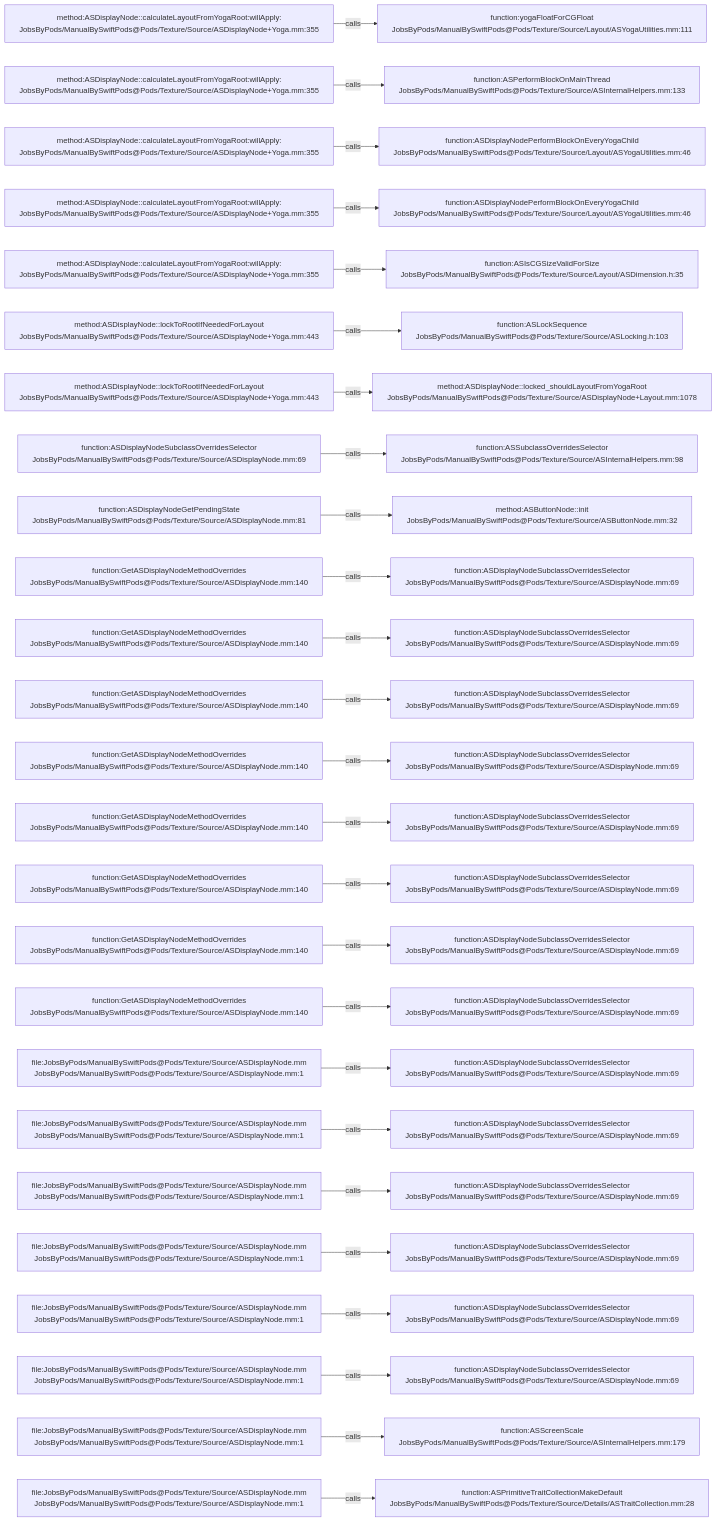
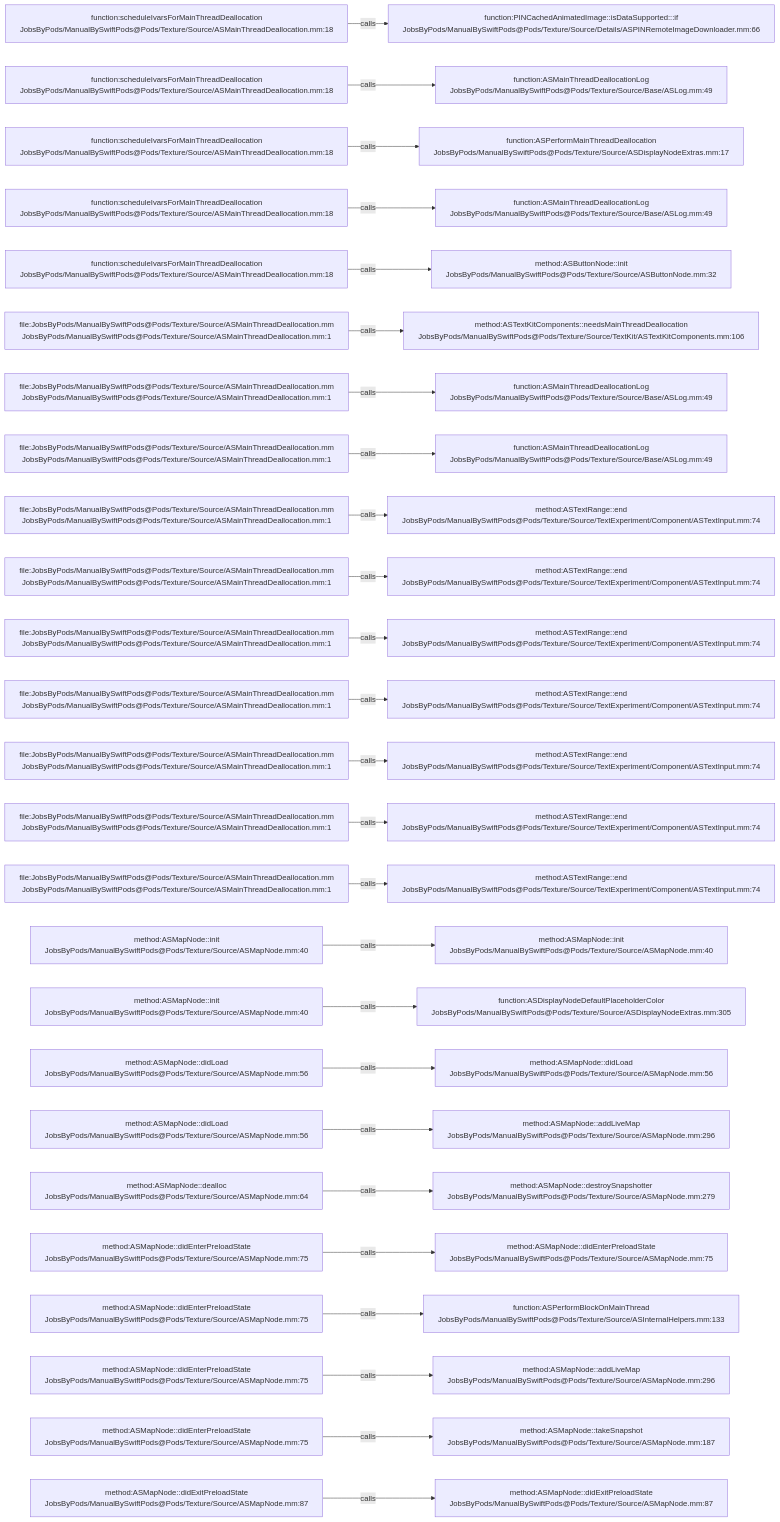
Before and after one commit to JobsKits/JobsSwiftBaseConfigDemo: the diagram in .codegraph/codegraph.md/graphs/calls-045.md, drawn with Mermaid. The commit also changed 832 other files, not shown here.

````diff
--- a/.codegraph/codegraph.md/graphs/calls-045.md
+++ b/.codegraph/codegraph.md/graphs/calls-045.md
@@ -13,78 +13,78 @@
 ```mermaid
 flowchart LR
-  S1["method:ASDisplayNode::calculateLayoutFromYogaRoot:willApply:<br/>JobsByPods/ManualBySwiftPods@Pods/Texture/Source/ASDisplayNode+Yoga.mm:355"]
-  T1["function:yogaFloatForCGFloat<br/>JobsByPods/ManualBySwiftPods@Pods/Texture/Source/Layout/ASYogaUtilities.mm:111"]
+  S1["function:scheduleIvarsForMainThreadDeallocation<br/>JobsByPods/ManualBySwiftPods@Pods/Texture/Source/ASMainThreadDeallocation.mm:18"]
+  T1["function:PINCachedAnimatedImage::isDataSupported:::if<br/>JobsByPods/ManualBySwiftPods@Pods/Texture/Source/Details/ASPINRemoteImageDownloader.mm:66"]
   S1 -->|calls| T1
-  S2["method:ASDisplayNode::calculateLayoutFromYogaRoot:willApply:<br/>JobsByPods/ManualBySwiftPods@Pods/Texture/Source/ASDisplayNode+Yoga.mm:355"]
-  T2["function:ASPerformBlockOnMainThread<br/>JobsByPods/ManualBySwiftPods@Pods/Texture/Source/ASInternalHelpers.mm:133"]
+  S2["function:scheduleIvarsForMainThreadDeallocation<br/>JobsByPods/ManualBySwiftPods@Pods/Texture/Source/ASMainThreadDeallocation.mm:18"]
+  T2["function:ASMainThreadDeallocationLog<br/>JobsByPods/ManualBySwiftPods@Pods/Texture/Source/Base/ASLog.mm:49"]
   S2 -->|calls| T2
-  S3["method:ASDisplayNode::calculateLayoutFromYogaRoot:willApply:<br/>JobsByPods/ManualBySwiftPods@Pods/Texture/Source/ASDisplayNode+Yoga.mm:355"]
-  T3["function:ASDisplayNodePerformBlockOnEveryYogaChild<br/>JobsByPods/ManualBySwiftPods@Pods/Texture/Source/Layout/ASYogaUtilities.mm:46"]
+  S3["function:scheduleIvarsForMainThreadDeallocation<br/>JobsByPods/ManualBySwiftPods@Pods/Texture/Source/ASMainThreadDeallocation.mm:18"]
+  T3["function:ASPerformMainThreadDeallocation<br/>JobsByPods/ManualBySwiftPods@Pods/Texture/Source/ASDisplayNodeExtras.mm:17"]
   S3 -->|calls| T3
-  S4["method:ASDisplayNode::calculateLayoutFromYogaRoot:willApply:<br/>JobsByPods/ManualBySwiftPods@Pods/Texture/Source/ASDisplayNode+Yoga.mm:355"]
-  T4["function:ASDisplayNodePerformBlockOnEveryYogaChild<br/>JobsByPods/ManualBySwiftPods@Pods/Texture/Source/Layout/ASYogaUtilities.mm:46"]
+  S4["function:scheduleIvarsForMainThreadDeallocation<br/>JobsByPods/ManualBySwiftPods@Pods/Texture/Source/ASMainThreadDeallocation.mm:18"]
+  T4["function:ASMainThreadDeallocationLog<br/>JobsByPods/ManualBySwiftPods@Pods/Texture/Source/Base/ASLog.mm:49"]
   S4 -->|calls| T4
-  S5["method:ASDisplayNode::calculateLayoutFromYogaRoot:willApply:<br/>JobsByPods/ManualBySwiftPods@Pods/Texture/Source/ASDisplayNode+Yoga.mm:355"]
-  T5["function:ASIsCGSizeValidForSize<br/>JobsByPods/ManualBySwiftPods@Pods/Texture/Source/Layout/ASDimension.h:35"]
+  S5["function:scheduleIvarsForMainThreadDeallocation<br/>JobsByPods/ManualBySwiftPods@Pods/Texture/Source/ASMainThreadDeallocation.mm:18"]
+  T5["method:ASButtonNode::init<br/>JobsByPods/ManualBySwiftPods@Pods/Texture/Source/ASButtonNode.mm:32"]
   S5 -->|calls| T5
-  S6["method:ASDisplayNode::lockToRootIfNeededForLayout<br/>JobsByPods/ManualBySwiftPods@Pods/Texture/Source/ASDisplayNode+Yoga.mm:443"]
-  T6["function:ASLockSequence<br/>JobsByPods/ManualBySwiftPods@Pods/Texture/Source/ASLocking.h:103"]
+  S6["file:JobsByPods/ManualBySwiftPods@Pods/Texture/Source/ASMainThreadDeallocation.mm<br/>JobsByPods/ManualBySwiftPods@Pods/Texture/Source/ASMainThreadDeallocation.mm:1"]
+  T6["method:ASTextKitComponents::needsMainThreadDeallocation<br/>JobsByPods/ManualBySwiftPods@Pods/Texture/Source/TextKit/ASTextKitComponents.mm:106"]
   S6 -->|calls| T6
-  S7["method:ASDisplayNode::lockToRootIfNeededForLayout<br/>JobsByPods/ManualBySwiftPods@Pods/Texture/Source/ASDisplayNode+Yoga.mm:443"]
-  T7["method:ASDisplayNode::locked_shouldLayoutFromYogaRoot<br/>JobsByPods/ManualBySwiftPods@Pods/Texture/Source/ASDisplayNode+Layout.mm:1078"]
+  S7["file:JobsByPods/ManualBySwiftPods@Pods/Texture/Source/ASMainThreadDeallocation.mm<br/>JobsByPods/ManualBySwiftPods@Pods/Texture/Source/ASMainThreadDeallocation.mm:1"]
+  T7["function:ASMainThreadDeallocationLog<br/>JobsByPods/ManualBySwiftPods@Pods/Texture/Source/Base/ASLog.mm:49"]
   S7 -->|calls| T7
-  S8["function:ASDisplayNodeSubclassOverridesSelector<br/>JobsByPods/ManualBySwiftPods@Pods/Texture/Source/ASDisplayNode.mm:69"]
-  T8["function:ASSubclassOverridesSelector<br/>JobsByPods/ManualBySwiftPods@Pods/Texture/Source/ASInternalHelpers.mm:98"]
+  S8["file:JobsByPods/ManualBySwiftPods@Pods/Texture/Source/ASMainThreadDeallocation.mm<br/>JobsByPods/ManualBySwiftPods@Pods/Texture/Source/ASMainThreadDeallocation.mm:1"]
+  T8["function:ASMainThreadDeallocationLog<br/>JobsByPods/ManualBySwiftPods@Pods/Texture/Source/Base/ASLog.mm:49"]
   S8 -->|calls| T8
-  S9["function:ASDisplayNodeGetPendingState<br/>JobsByPods/ManualBySwiftPods@Pods/Texture/Source/ASDisplayNode.mm:81"]
-  T9["method:ASButtonNode::init<br/>JobsByPods/ManualBySwiftPods@Pods/Texture/Source/ASButtonNode.mm:32"]
+  S9["file:JobsByPods/ManualBySwiftPods@Pods/Texture/Source/ASMainThreadDeallocation.mm<br/>JobsByPods/ManualBySwiftPods@Pods/Texture/Source/ASMainThreadDeallocation.mm:1"]
+  T9["method:ASTextRange::end<br/>JobsByPods/ManualBySwiftPods@Pods/Texture/Source/TextExperiment/Component/ASTextInput.mm:74"]
   S9 -->|calls| T9
-  S10["function:GetASDisplayNodeMethodOverrides<br/>JobsByPods/ManualBySwiftPods@Pods/Texture/Source/ASDisplayNode.mm:140"]
-  T10["function:ASDisplayNodeSubclassOverridesSelector<br/>JobsByPods/ManualBySwiftPods@Pods/Texture/Source/ASDisplayNode.mm:69"]
+  S10["file:JobsByPods/ManualBySwiftPods@Pods/Texture/Source/ASMainThreadDeallocation.mm<br/>JobsByPods/ManualBySwiftPods@Pods/Texture/Source/ASMainThreadDeallocation.mm:1"]
+  T10["method:ASTextRange::end<br/>JobsByPods/ManualBySwiftPods@Pods/Texture/Source/TextExperiment/Component/ASTextInput.mm:74"]
   S10 -->|calls| T10
-  S11["function:GetASDisplayNodeMethodOverrides<br/>JobsByPods/ManualBySwiftPods@Pods/Texture/Source/ASDisplayNode.mm:140"]
-  T11["function:ASDisplayNodeSubclassOverridesSelector<br/>JobsByPods/ManualBySwiftPods@Pods/Texture/Source/ASDisplayNode.mm:69"]
+  S11["file:JobsByPods/ManualBySwiftPods@Pods/Texture/Source/ASMainThreadDeallocation.mm<br/>JobsByPods/ManualBySwiftPods@Pods/Texture/Source/ASMainThreadDeallocation.mm:1"]
+  T11["method:ASTextRange::end<br/>JobsByPods/ManualBySwiftPods@Pods/Texture/Source/TextExperiment/Component/ASTextInput.mm:74"]
   S11 -->|calls| T11
-  S12["function:GetASDisplayNodeMethodOverrides<br/>JobsByPods/ManualBySwiftPods@Pods/Texture/Source/ASDisplayNode.mm:140"]
-  T12["function:ASDisplayNodeSubclassOverridesSelector<br/>JobsByPods/ManualBySwiftPods@Pods/Texture/Source/ASDisplayNode.mm:69"]
+  S12["file:JobsByPods/ManualBySwiftPods@Pods/Texture/Source/ASMainThreadDeallocation.mm<br/>JobsByPods/ManualBySwiftPods@Pods/Texture/Source/ASMainThreadDeallocation.mm:1"]
+  T12["method:ASTextRange::end<br/>JobsByPods/ManualBySwiftPods@Pods/Texture/Source/TextExperiment/Component/ASTextInput.mm:74"]
   S12 -->|calls| T12
-  S13["function:GetASDisplayNodeMethodOverrides<br/>JobsByPods/ManualBySwiftPods@Pods/Texture/Source/ASDisplayNode.mm:140"]
-  T13["function:ASDisplayNodeSubclassOverridesSelector<br/>JobsByPods/ManualBySwiftPods@Pods/Texture/Source/ASDisplayNode.mm:69"]
+  S13["file:JobsByPods/ManualBySwiftPods@Pods/Texture/Source/ASMainThreadDeallocation.mm<br/>JobsByPods/ManualBySwiftPods@Pods/Texture/Source/ASMainThreadDeallocation.mm:1"]
+  T13["method:ASTextRange::end<br/>JobsByPods/ManualBySwiftPods@Pods/Texture/Source/TextExperiment/Component/ASTextInput.mm:74"]
   S13 -->|calls| T13
-  S14["function:GetASDisplayNodeMethodOverrides<br/>JobsByPods/ManualBySwiftPods@Pods/Texture/Source/ASDisplayNode.mm:140"]
-  T14["function:ASDisplayNodeSubclassOverridesSelector<br/>JobsByPods/ManualBySwiftPods@Pods/Texture/Source/ASDisplayNode.mm:69"]
+  S14["file:JobsByPods/ManualBySwiftPods@Pods/Texture/Source/ASMainThreadDeallocation.mm<br/>JobsByPods/ManualBySwiftPods@Pods/Texture/Source/ASMainThreadDeallocation.mm:1"]
+  T14["method:ASTextRange::end<br/>JobsByPods/ManualBySwiftPods@Pods/Texture/Source/TextExperiment/Component/ASTextInput.mm:74"]
   S14 -->|calls| T14
-  S15["function:GetASDisplayNodeMethodOverrides<br/>JobsByPods/ManualBySwiftPods@Pods/Texture/Source/ASDisplayNode.mm:140"]
-  T15["function:ASDisplayNodeSubclassOverridesSelector<br/>JobsByPods/ManualBySwiftPods@Pods/Texture/Source/ASDisplayNode.mm:69"]
+  S15["file:JobsByPods/ManualBySwiftPods@Pods/Texture/Source/ASMainThreadDeallocation.mm<br/>JobsByPods/ManualBySwiftPods@Pods/Texture/Source/ASMainThreadDeallocation.mm:1"]
+  T15["method:ASTextRange::end<br/>JobsByPods/ManualBySwiftPods@Pods/Texture/Source/TextExperiment/Component/ASTextInput.mm:74"]
   S15 -->|calls| T15
-  S16["function:GetASDisplayNodeMethodOverrides<br/>JobsByPods/ManualBySwiftPods@Pods/Texture/Source/ASDisplayNode.mm:140"]
-  T16["function:ASDisplayNodeSubclassOverridesSelector<br/>JobsByPods/ManualBySwiftPods@Pods/Texture/Source/ASDisplayNode.mm:69"]
+  S16["method:ASMapNode::init<br/>JobsByPods/ManualBySwiftPods@Pods/Texture/Source/ASMapNode.mm:40"]
+  T16["method:ASMapNode::init<br/>JobsByPods/ManualBySwiftPods@Pods/Texture/Source/ASMapNode.mm:40"]
   S16 -->|calls| T16
-  S17["function:GetASDisplayNodeMethodOverrides<br/>JobsByPods/ManualBySwiftPods@Pods/Texture/Source/ASDisplayNode.mm:140"]
-  T17["function:ASDisplayNodeSubclassOverridesSelector<br/>JobsByPods/ManualBySwiftPods@Pods/Texture/Source/ASDisplayNode.mm:69"]
+  S17["method:ASMapNode::init<br/>JobsByPods/ManualBySwiftPods@Pods/Texture/Source/ASMapNode.mm:40"]
+  T17["function:ASDisplayNodeDefaultPlaceholderColor<br/>JobsByPods/ManualBySwiftPods@Pods/Texture/Source/ASDisplayNodeExtras.mm:305"]
   S17 -->|calls| T17
-  S18["file:JobsByPods/ManualBySwiftPods@Pods/Texture/Source/ASDisplayNode.mm<br/>JobsByPods/ManualBySwiftPods@Pods/Texture/Source/ASDisplayNode.mm:1"]
-  T18["function:ASDisplayNodeSubclassOverridesSelector<br/>JobsByPods/ManualBySwiftPods@Pods/Texture/Source/ASDisplayNode.mm:69"]
+  S18["method:ASMapNode::didLoad<br/>JobsByPods/ManualBySwiftPods@Pods/Texture/Source/ASMapNode.mm:56"]
+  T18["method:ASMapNode::didLoad<br/>JobsByPods/ManualBySwiftPods@Pods/Texture/Source/ASMapNode.mm:56"]
   S18 -->|calls| T18
-  S19["file:JobsByPods/ManualBySwiftPods@Pods/Texture/Source/ASDisplayNode.mm<br/>JobsByPods/ManualBySwiftPods@Pods/Texture/Source/ASDisplayNode.mm:1"]
-  T19["function:ASDisplayNodeSubclassOverridesSelector<br/>JobsByPods/ManualBySwiftPods@Pods/Texture/Source/ASDisplayNode.mm:69"]
+  S19["method:ASMapNode::didLoad<br/>JobsByPods/ManualBySwiftPods@Pods/Texture/Source/ASMapNode.mm:56"]
+  T19["method:ASMapNode::addLiveMap<br/>JobsByPods/ManualBySwiftPods@Pods/Texture/Source/ASMapNode.mm:296"]
   S19 -->|calls| T19
-  S20["file:JobsByPods/ManualBySwiftPods@Pods/Texture/Source/ASDisplayNode.mm<br/>JobsByPods/ManualBySwiftPods@Pods/Texture/Source/ASDisplayNode.mm:1"]
-  T20["function:ASDisplayNodeSubclassOverridesSelector<br/>JobsByPods/ManualBySwiftPods@Pods/Texture/Source/ASDisplayNode.mm:69"]
+  S20["method:ASMapNode::dealloc<br/>JobsByPods/ManualBySwiftPods@Pods/Texture/Source/ASMapNode.mm:64"]
+  T20["method:ASMapNode::destroySnapshotter<br/>JobsByPods/ManualBySwiftPods@Pods/Texture/Source/ASMapNode.mm:279"]
   S20 -->|calls| T20
-  S21["file:JobsByPods/ManualBySwiftPods@Pods/Texture/Source/ASDisplayNode.mm<br/>JobsByPods/ManualBySwiftPods@Pods/Texture/Source/ASDisplayNode.mm:1"]
-  T21["function:ASDisplayNodeSubclassOverridesSelector<br/>JobsByPods/ManualBySwiftPods@Pods/Texture/Source/ASDisplayNode.mm:69"]
+  S21["method:ASMapNode::didEnterPreloadState<br/>JobsByPods/ManualBySwiftPods@Pods/Texture/Source/ASMapNode.mm:75"]
+  T21["method:ASMapNode::didEnterPreloadState<br/>JobsByPods/ManualBySwiftPods@Pods/Texture/Source/ASMapNode.mm:75"]
   S21 -->|calls| T21
-  S22["file:JobsByPods/ManualBySwiftPods@Pods/Texture/Source/ASDisplayNode.mm<br/>JobsByPods/ManualBySwiftPods@Pods/Texture/Source/ASDisplayNode.mm:1"]
-  T22["function:ASDisplayNodeSubclassOverridesSelector<br/>JobsByPods/ManualBySwiftPods@Pods/Texture/Source/ASDisplayNode.mm:69"]
+  S22["method:ASMapNode::didEnterPreloadState<br/>JobsByPods/ManualBySwiftPods@Pods/Texture/Source/ASMapNode.mm:75"]
+  T22["function:ASPerformBlockOnMainThread<br/>JobsByPods/ManualBySwiftPods@Pods/Texture/Source/ASInternalHelpers.mm:133"]
   S22 -->|calls| T22
-  S23["file:JobsByPods/ManualBySwiftPods@Pods/Texture/Source/ASDisplayNode.mm<br/>JobsByPods/ManualBySwiftPods@Pods/Texture/Source/ASDisplayNode.mm:1"]
-  T23["function:ASDisplayNodeSubclassOverridesSelector<br/>JobsByPods/ManualBySwiftPods@Pods/Texture/Source/ASDisplayNode.mm:69"]
+  S23["method:ASMapNode::didEnterPreloadState<br/>JobsByPods/ManualBySwiftPods@Pods/Texture/Source/ASMapNode.mm:75"]
+  T23["method:ASMapNode::addLiveMap<br/>JobsByPods/ManualBySwiftPods@Pods/Texture/Source/ASMapNode.mm:296"]
   S23 -->|calls| T23
-  S24["file:JobsByPods/ManualBySwiftPods@Pods/Texture/Source/ASDisplayNode.mm<br/>JobsByPods/ManualBySwiftPods@Pods/Texture/Source/ASDisplayNode.mm:1"]
-  T24["function:ASScreenScale<br/>JobsByPods/ManualBySwiftPods@Pods/Texture/Source/ASInternalHelpers.mm:179"]
+  S24["method:ASMapNode::didEnterPreloadState<br/>JobsByPods/ManualBySwiftPods@Pods/Texture/Source/ASMapNode.mm:75"]
+  T24["method:ASMapNode::takeSnapshot<br/>JobsByPods/ManualBySwiftPods@Pods/Texture/Source/ASMapNode.mm:187"]
   S24 -->|calls| T24
-  S25["file:JobsByPods/ManualBySwiftPods@Pods/Texture/Source/ASDisplayNode.mm<br/>JobsByPods/ManualBySwiftPods@Pods/Texture/Source/ASDisplayNode.mm:1"]
-  T25["function:ASPrimitiveTraitCollectionMakeDefault<br/>JobsByPods/ManualBySwiftPods@Pods/Texture/Source/Details/ASTraitCollection.mm:28"]
+  S25["method:ASMapNode::didExitPreloadState<br/>JobsByPods/ManualBySwiftPods@Pods/Texture/Source/ASMapNode.mm:87"]
+  T25["method:ASMapNode::didExitPreloadState<br/>JobsByPods/ManualBySwiftPods@Pods/Texture/Source/ASMapNode.mm:87"]
   S25 -->|calls| T25
 ```
````
